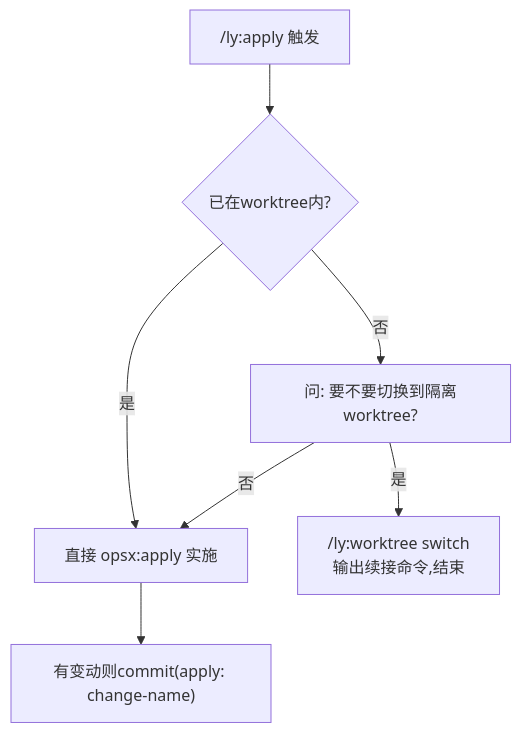
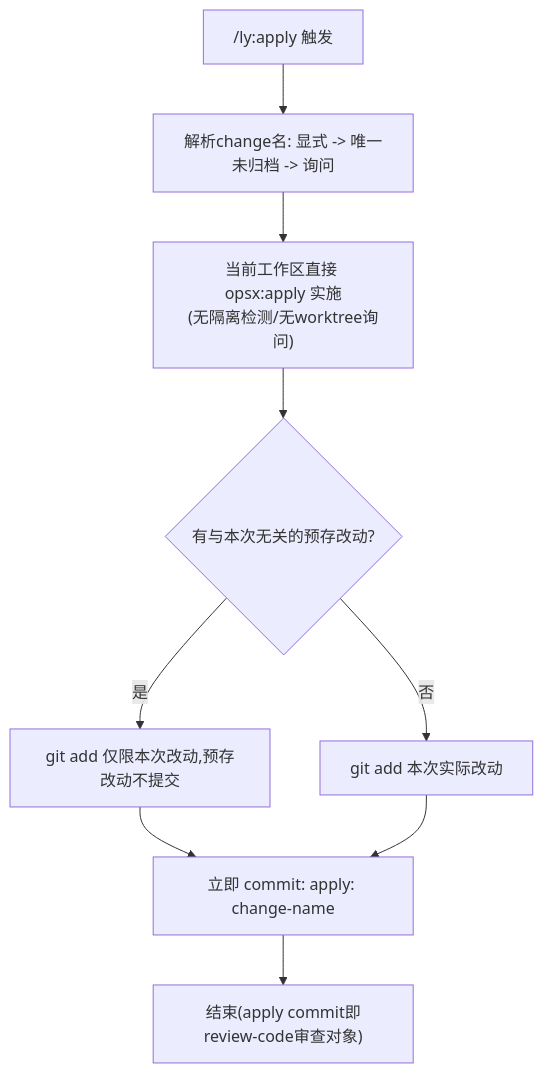
Before and after one commit to FE-runner/ly-workflow: the second of 3 diagrams in workflow.md, drawn with Mermaid. The commit also changed other lines of this file and 12 other files, not shown here.

````diff
--- a/workflow.md
+++ b/workflow.md
@@ -34,9 +32,11 @@
 ```mermaid
 flowchart TD
-    Apply["/ly:apply 触发"] --> Check{已在worktree内?}
-    Check -->|是| Impl["直接 opsx:apply 实施"]
-    Check -->|否| AskWt["问: 要不要切换到隔离worktree?"]
-    AskWt -->|是| Sw["/ly:worktree switch<br/>输出续接命令,结束"]
-    AskWt -->|否| Impl
-    Impl --> ApplyCommit["有变动则commit(apply: change-name)"]
+    Apply["/ly:apply 触发"] --> Resolve["解析change名: 显式 -> 唯一未归档 -> 询问"]
+    Resolve --> Impl["当前工作区直接 opsx:apply 实施<br/>(无隔离检测/无worktree询问)"]
+    Impl --> PreCheck{"有与本次无关的预存改动?"}
+    PreCheck -->|是| PreNote["git add 仅限本次改动,预存改动不提交"]
+    PreCheck -->|否| Normal["git add 本次实际改动"]
+    PreNote --> AppCommit["立即 commit: apply: change-name"]
+    Normal --> AppCommit
+    AppCommit --> End["结束(apply commit即review-code审查对象)"]
 ```
````
